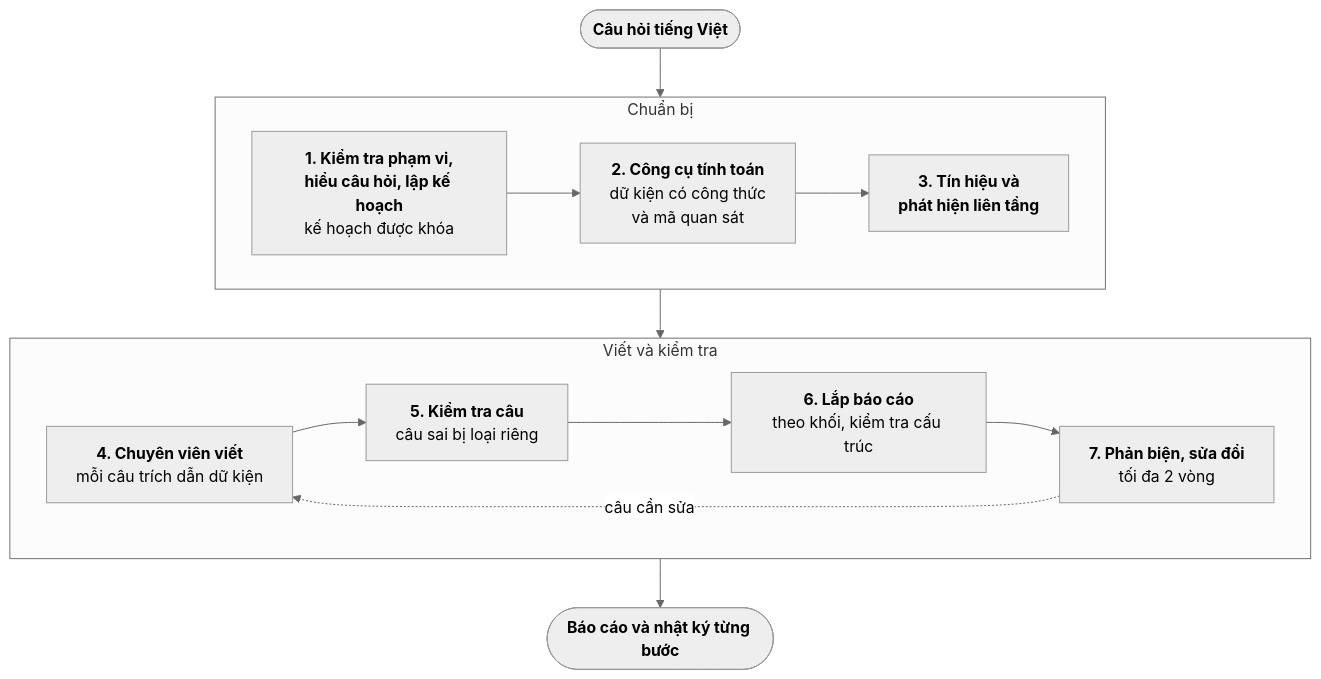
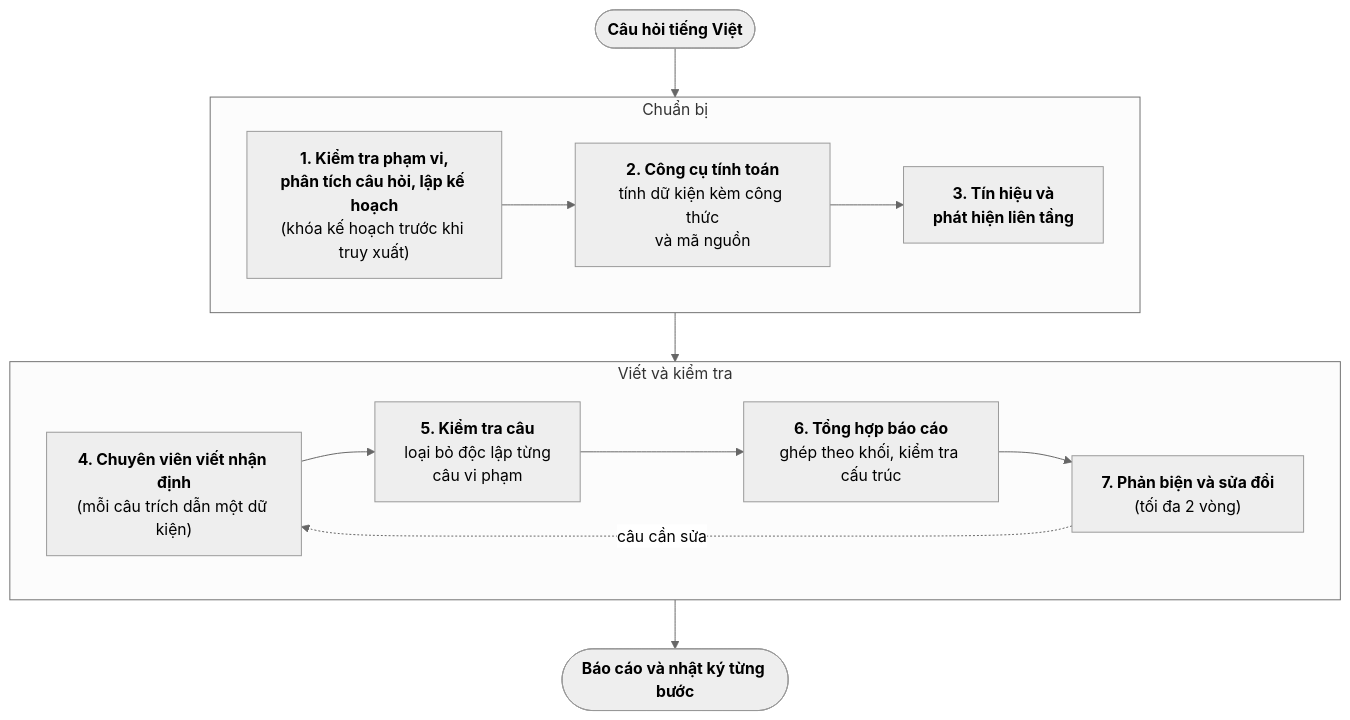
The diagram in docs/thesis-v2/figures/hinh-4-2-luong-phan-tich-end-to-end.mmd (thaicuong576/final-thesis), drawn with Mermaid (neutral theme) before and after one commit. The commit also changed 10 other files, not shown here.

Commit message:
docs(thesis): fix figure wording, Vietnamese number format in charts, Fig 3.2 layout (#185)

```diff
--- a/docs/thesis-v2/figures/hinh-4-2-luong-phan-tich-end-to-end.mmd
+++ b/docs/thesis-v2/figures/hinh-4-2-luong-phan-tich-end-to-end.mmd
@@ -1,22 +1,22 @@
 flowchart TB
     Q(["<b>Câu hỏi tiếng Việt</b>"])
     subgraph PRE ["Chuẩn bị"]
         direction LR
-        P["<b>1. Kiểm tra phạm vi,<br/>hiểu câu hỏi, lập kế hoạch</b><br/>kế hoạch được khóa"]
-        T["<b>2. Công cụ tính toán</b><br/>dữ kiện có công thức<br/>và mã quan sát"]
+        P["<b>1. Kiểm tra phạm vi,<br/>phân tích câu hỏi, lập kế hoạch</b><br/>(khóa kế hoạch trước khi truy xuất)"]
+        T["<b>2. Công cụ tính toán</b><br/>tính dữ kiện kèm công thức<br/>và mã nguồn"]
         G["<b>3. Tín hiệu và<br/>phát hiện liên tầng</b>"]
         P --> T --> G
     end
     subgraph WRI ["Viết và kiểm tra"]
         direction LR
-        W["<b>4. Chuyên viên viết</b><br/>mỗi câu trích dẫn dữ kiện"]
-        V["<b>5. Kiểm tra câu</b><br/>câu sai bị loại riêng"]
-        A["<b>6. Lắp báo cáo</b><br/>theo khối, kiểm tra cấu trúc"]
-        C["<b>7. Phản biện, sửa đổi</b><br/>tối đa 2 vòng"]
+        W["<b>4. Chuyên viên viết nhận định</b><br/>(mỗi câu trích dẫn một dữ kiện)"]
+        V["<b>5. Kiểm tra câu</b><br/>loại bỏ độc lập từng<br/>câu vi phạm"]
+        A["<b>6. Tổng hợp báo cáo</b><br/>ghép theo khối, kiểm tra cấu trúc"]
+        C["<b>7. Phản biện và sửa đổi</b><br/>(tối đa 2 vòng)"]
         W --> V --> A --> C
         C -.->|"câu cần sửa"| W
     end
     O(["<b>Báo cáo và nhật ký từng bước</b>"])
     Q --> PRE
     PRE --> WRI
     WRI --> O
```
